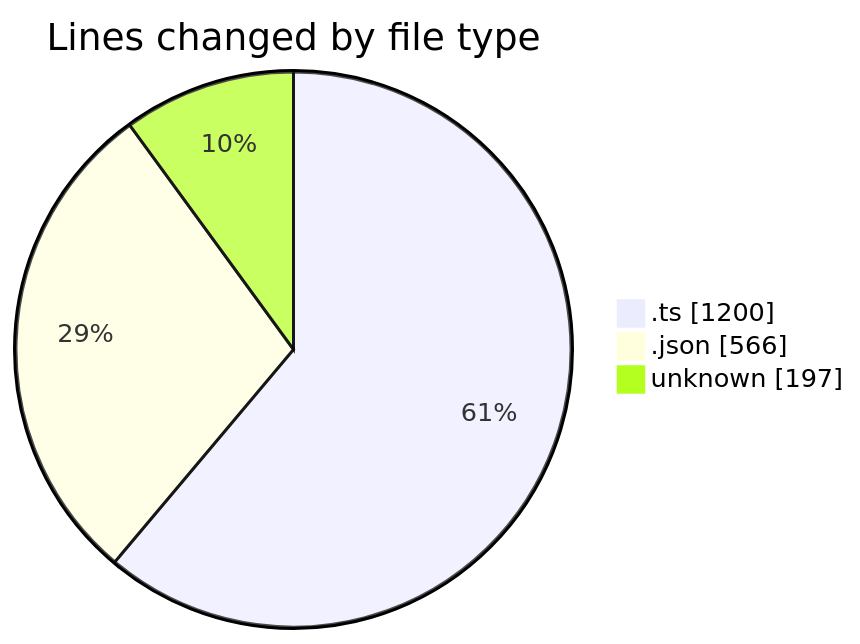
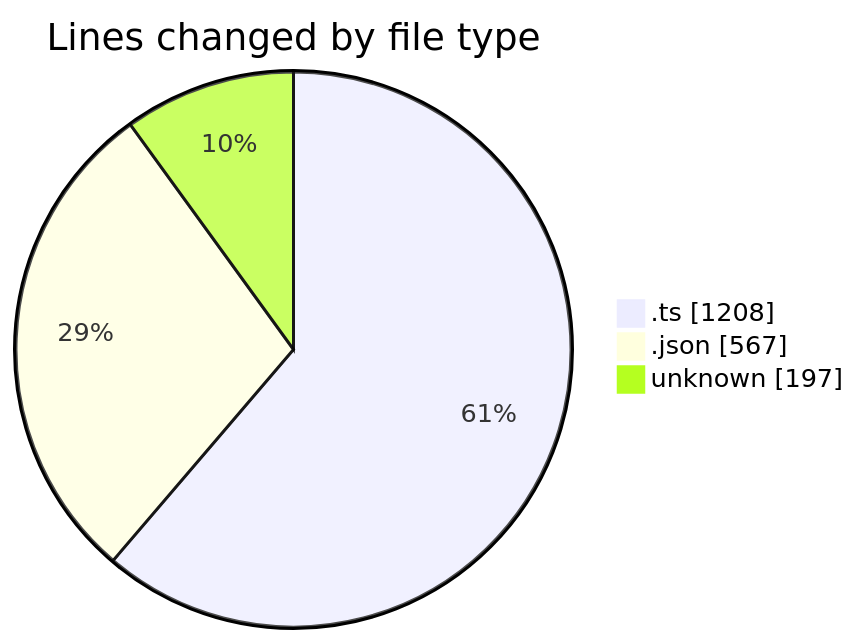
One commit to EIIisD/code-tracking changed the first of 2 diagrams in 2025-08-24/chatgpt-extension/README.md. Above: the diagram before and after it, drawn with Mermaid. The commit also changed other lines of this file and 1 other file, not shown here.

````diff
--- a/2025-08-24/chatgpt-extension/README.md
+++ b/2025-08-24/chatgpt-extension/README.md
@@ -24,7 +24,7 @@
 ```mermaid
 pie showData
 title Lines changed by file type
-".ts" : 1200
-".json" : 566
+".ts" : 1208
+".json" : 567
 "unknown" : 197
 ```
````
